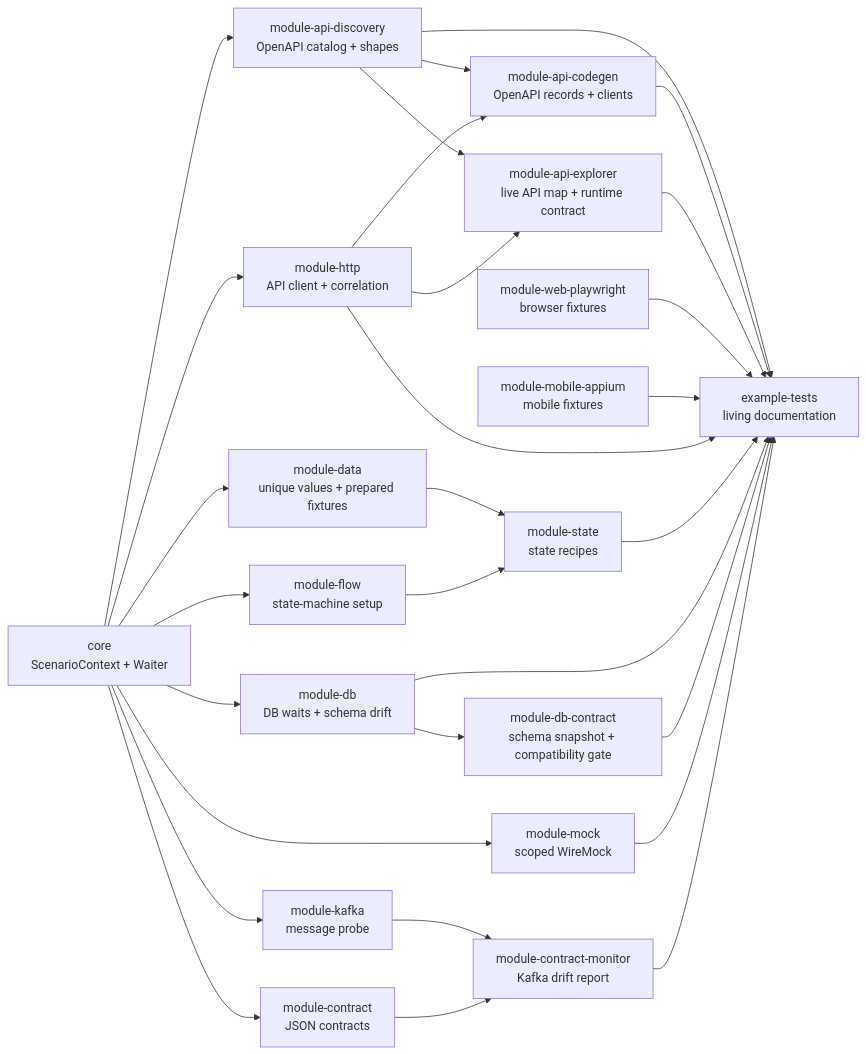
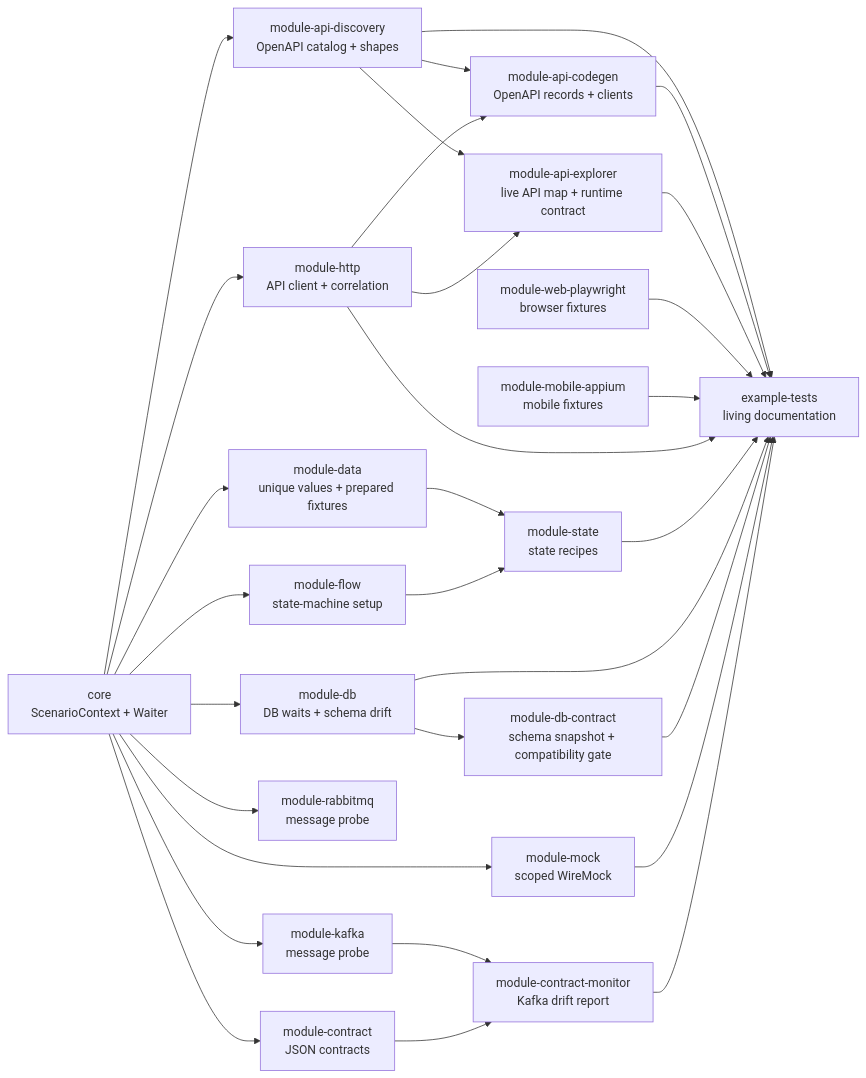
Before and after one commit to MickeyOrlov/TestForge: the first of 3 diagrams in README.md, drawn with Mermaid. The commit also changed other lines of this file and 28 other files, not shown here.

First line of the commit message:
feat(rabbitmq): module-rabbitmq, the second broker adapter

````diff
--- a/README.md
+++ b/README.md
@@ -37,49 +37,51 @@
 ```mermaid
 flowchart LR
     Core["core\nScenarioContext + Waiter"]
     Data["module-data\nunique values + prepared fixtures"]
     Flow["module-flow\nstate-machine setup"]
     State["module-state\nstate recipes"]
     DB["module-db\nDB waits + schema drift"]
     DbContract["module-db-contract\nschema snapshot + compatibility gate"]
     Mock["module-mock\nscoped WireMock"]
     Http["module-http\nAPI client + correlation"]
     Kafka["module-kafka\nmessage probe"]
+    Rabbit["module-rabbitmq\nmessage probe"]
     Contract["module-contract\nJSON contracts"]
     Monitor["module-contract-monitor\nKafka drift report"]
     ApiDiscovery["module-api-discovery\nOpenAPI catalog + shapes"]
     ApiCodegen["module-api-codegen\nOpenAPI records + clients"]
     ApiExplorer["module-api-explorer\nlive API map + runtime contract"]
     Web["module-web-playwright\nbrowser fixtures"]
     Mobile["module-mobile-appium\nmobile fixtures"]
     Examples["example-tests\nliving documentation"]
 
     Core --> Data
     Core --> Flow
     Core --> DB
     Core --> Mock
     Core --> Http
     Core --> Kafka
+    Core --> Rabbit
     Core --> Contract
     Core --> ApiDiscovery
     DB --> DbContract
     ApiDiscovery --> ApiCodegen
     Http --> ApiCodegen
     ApiDiscovery --> ApiExplorer
     Http --> ApiExplorer
     Data --> State
     Flow --> State
     Kafka --> Monitor
     Contract --> Monitor
     ApiDiscovery --> Examples
     ApiCodegen --> Examples
     ApiExplorer --> Examples
     Web --> Examples
     Mobile --> Examples
     Http --> Examples
     State --> Examples
     DB --> Examples
     DbContract --> Examples
     Mock --> Examples
     Monitor --> Examples
 ```
````
